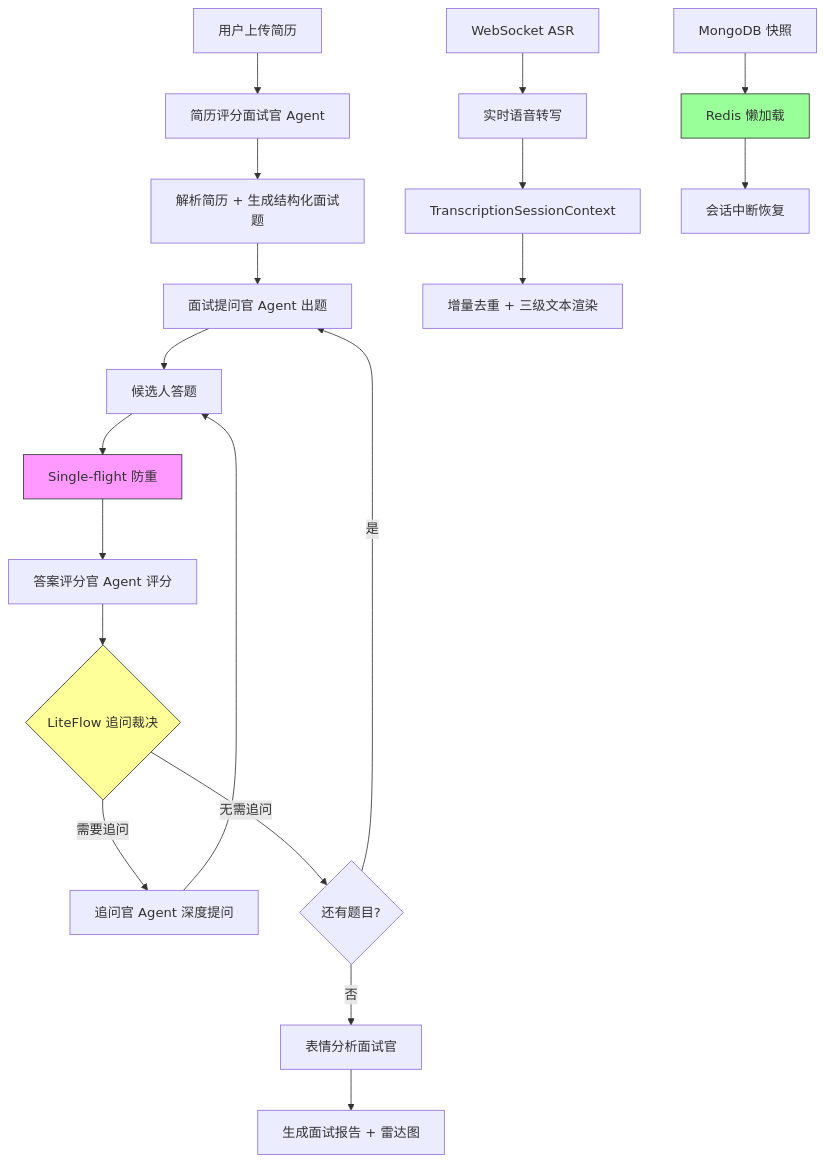
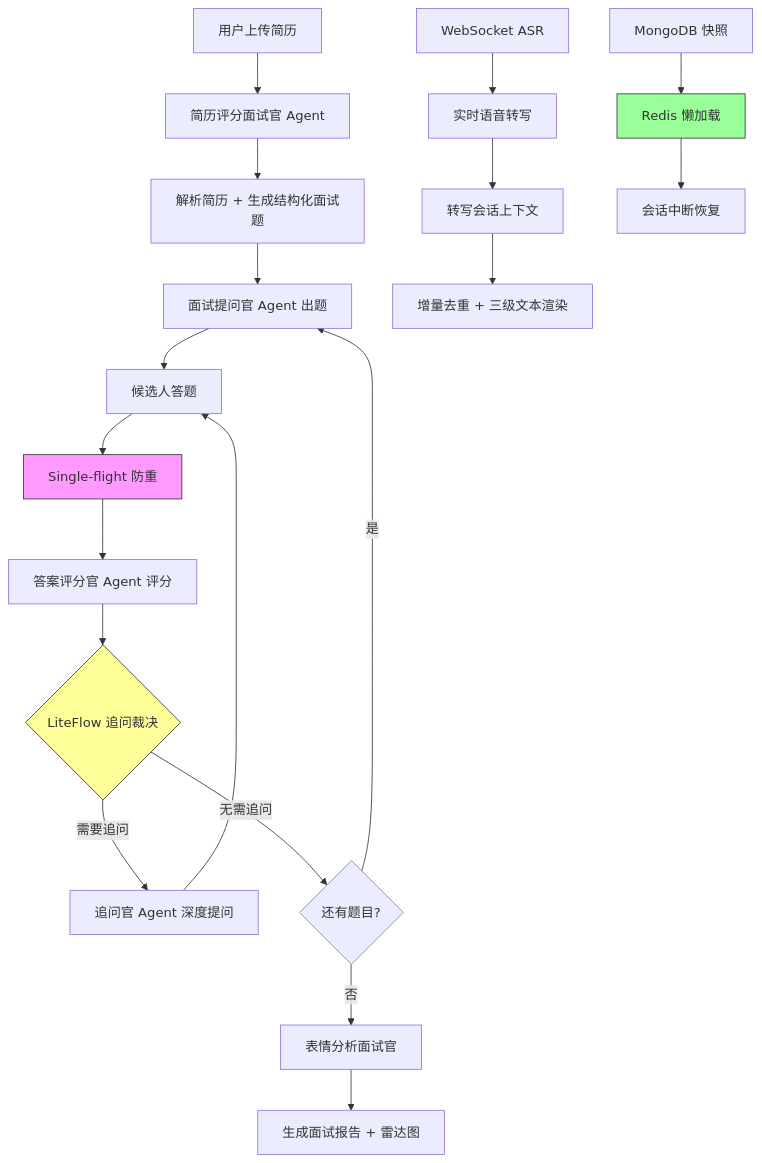
One commit to CNIronBro/InterviewHub changed the diagram in README.md. Above: the diagram before and after it, drawn with Mermaid. The commit also changed other lines of this file, not shown here.

````diff
--- a/README.md
+++ b/README.md
@@ -130,27 +134,27 @@
 ```mermaid
 graph TD
     A[用户上传简历] --> B[简历评分面试官 Agent]
     B --> C[解析简历 + 生成结构化面试题]
     C --> D[面试提问官 Agent 出题]
     D --> E[候选人答题]
     E --> F[Single-flight 防重]
     F --> G[答案评分官 Agent 评分]
     G --> H{LiteFlow 追问裁决}
     H -- 需要追问 --> I[追问官 Agent 深度提问]
     I --> E
     H -- 无需追问 --> J{还有题目?}
     J -- 是 --> D
     J -- 否 --> K[表情分析面试官]
     K --> L[生成面试报告 + 雷达图]
 
     M[WebSocket ASR] --> N[实时语音转写]
-    N --> O[TranscriptionSessionContext]
+    N --> O[转写会话上下文]
     O --> P[增量去重 + 三级文本渲染]
 
     Q[MongoDB 快照] --> R[Redis 懒加载]
     R --> S[会话中断恢复]
 
     style F fill:#f9f,stroke:#333
     style H fill:#ff9,stroke:#333
     style R fill:#9f9,stroke:#333
 ```
````
